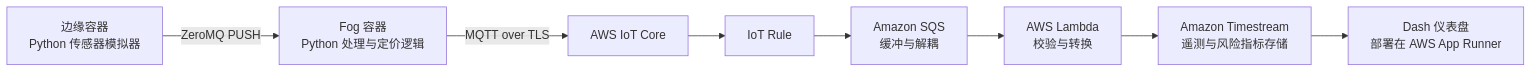
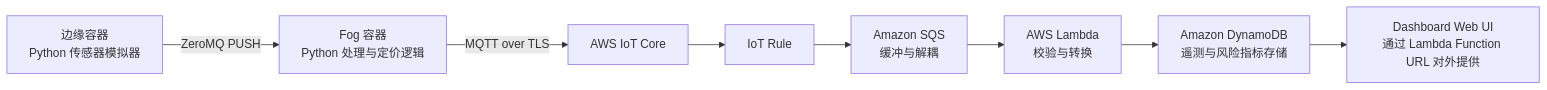
One commit to pnlync/fog-car-insurance-real-time-pricing changed the first of 3 diagrams in PROJECT_GUIDE.md. Above: the diagram before and after it, drawn with Mermaid. The commit also changed other lines of this file and 12 other files, not shown here.

Commit message:
Refactor AWS deployment to DynamoDB and Lambda URL dashboard

````diff
--- a/PROJECT_GUIDE.md
+++ b/PROJECT_GUIDE.md
@@ -48,10 +48,10 @@
 ```mermaid
 flowchart LR
     A["边缘容器\nPython 传感器模拟器"] -->|ZeroMQ PUSH| B["Fog 容器\nPython 处理与定价逻辑"]
     B -->|MQTT over TLS| C["AWS IoT Core"]
     C --> D["IoT Rule"]
     D --> E["Amazon SQS\n缓冲与解耦"]
     E --> F["AWS Lambda\n校验与转换"]
-    F --> G["Amazon Timestream\n遥测与风险指标存储"]
-    G --> H["Dash 仪表盘\n部署在 AWS App Runner"]
+    F --> G["Amazon DynamoDB\n遥测与风险指标存储"]
+    G --> H["Dashboard Web UI\n通过 Lambda Function URL 对外提供"]
 ```
````
